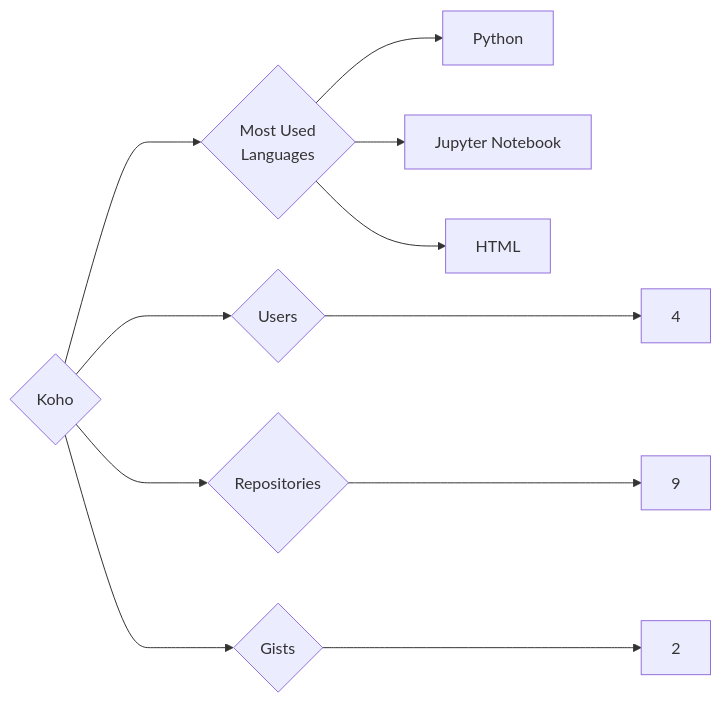
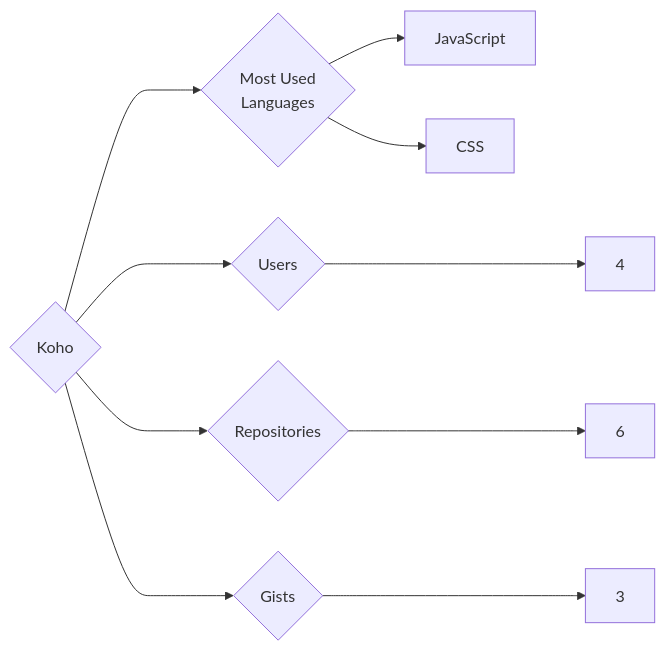
One commit to trickest/insiders changed the diagram in targets/Koho/README.md. Above: the diagram before and after it, drawn with Mermaid. The commit also changed 1496 other files, not shown here.

````diff
--- a/targets/Koho/README.md
+++ b/targets/Koho/README.md
@@ -3,11 +3,10 @@
 ```mermaid
 graph LR
 COMPANY_NAME{Koho}
 COMPANY_NAME ---> U{Users} ---> UN[4]
-COMPANY_NAME ---> R{Repositories} ---> RN[9]
-COMPANY_NAME ---> G{Gists} ---> GN[2]
+COMPANY_NAME ---> R{Repositories} ---> RN[6]
+COMPANY_NAME ---> G{Gists} ---> GN[3]
 COMPANY_NAME ---> ML{Most Used<br>Languages}
-ML --> Python[Python]
-ML --> Jupyter_Notebook[Jupyter Notebook]
-ML --> HTML[HTML]
+ML --> JavaScript[JavaScript]
+ML --> CSS[CSS]
 ```
````
